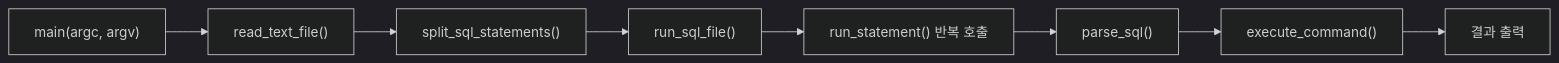
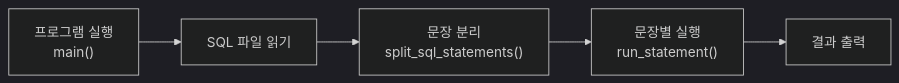
The fifth of 6 diagrams in README.md (jungilyu15/Mini_SQL), drawn with Mermaid (dark theme) before and after one commit. The commit also changed other lines of this file, not shown here.

First line of the commit message:
Revise project execution flow and data handling details

````diff
--- a/README.md
+++ b/README.md
@@ -255,10 +215,7 @@
 ```mermaid
 flowchart LR
-    A["main(argc, argv)"] --> B["read_text_file()"]
-    B --> C["split_sql_statements()"]
-    C --> D["run_sql_file()"]
-    D --> E["run_statement() 반복 호출"]
-    E --> F["parse_sql()"]
-    F --> G["execute_command()"]
-    G --> H["결과 출력"]
+    A["프로그램 실행<br/>main()"] --> B["SQL 파일 읽기"]
+    B --> C["문장 분리<br/>split_sql_statements()"]
+    C --> D["문장별 실행<br/>run_statement()"]
+    D --> E["결과 출력"]
 ```
````
